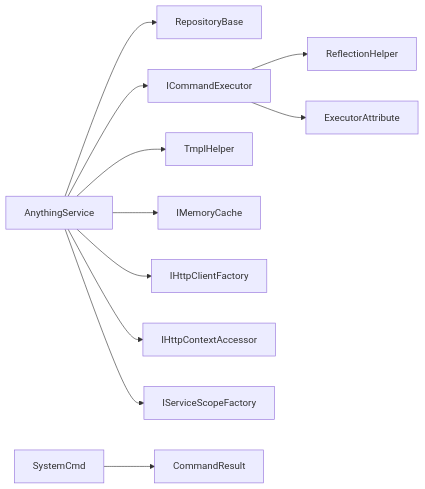
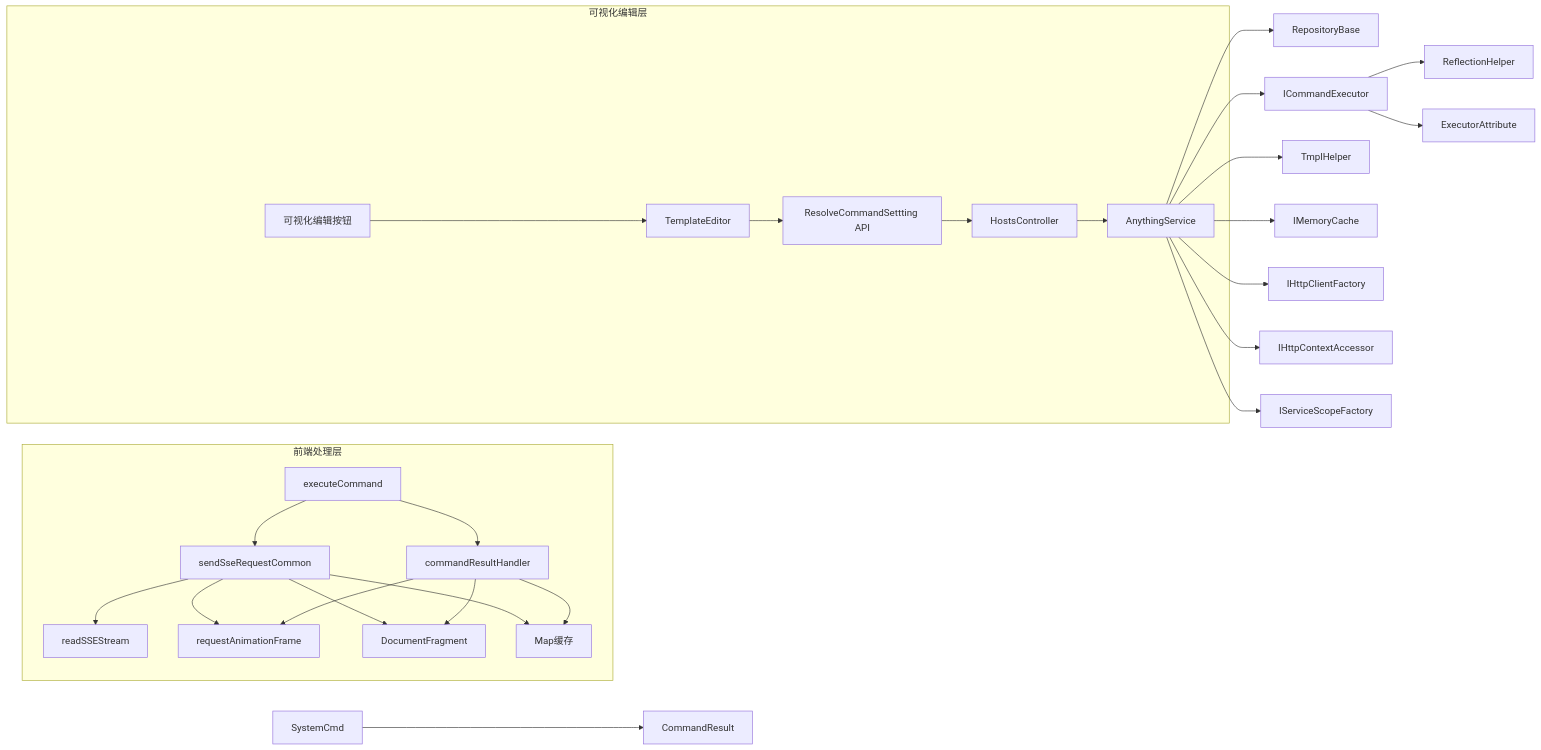
Before and after one commit to Sosososolong/AirGo: the ninth of 9 diagrams in .qoder/repowiki/zh/content/项目概述/核心特性/远程主机管理/命令执行器系统.md, drawn with Mermaid. The commit also changed other lines of this file and 22 other files, not shown here.

````diff
--- a/.qoder/repowiki/zh/content/项目概述/核心特性/远程主机管理/命令执行器系统.md
+++ b/.qoder/repowiki/zh/content/项目概述/核心特性/远程主机管理/命令执行器系统.md
@@ -311,13 +976,30 @@
 ```mermaid
 graph LR
 AS["AnythingService"] --> Repo["RepositoryBase<T>"]
 AS --> ICE["ICommandExecutor"]
 AS --> Tmpl["TmplHelper"]
 AS --> Cache["IMemoryCache"]
 AS --> HTTP["IHttpClientFactory"]
 AS --> Ctx["IHttpContextAccessor"]
 AS --> Scope["IServiceScopeFactory"]
 ICE --> RH["ReflectionHelper"]
 ICE --> EA["ExecutorAttribute"]
 SYS["SystemCmd"] --> CR["CommandResult"]
+subgraph "前端处理层"
+EXECCMD["executeCommand"] --> SSERC["sendSseRequestCommon"]
+SSERC --> READSSE["readSSEStream"]
+SSERC --> RAF["requestAnimationFrame"]
+SSERC --> DF["DocumentFragment"]
+SSERC --> CACHE["Map缓存"]
+EXECCMD --> CRH["commandResultHandler"]
+CRH --> RAF
+CRH --> DF
+CRH --> CACHE
+end
+subgraph "可视化编辑层"
+VEBTN["可视化编辑按钮"] --> TE["TemplateEditor"]
+TE --> RESOLVE["ResolveCommandSettting API"]
+RESOLVE --> HC["HostsController"]
+HC --> AS
+end
 ```
````
